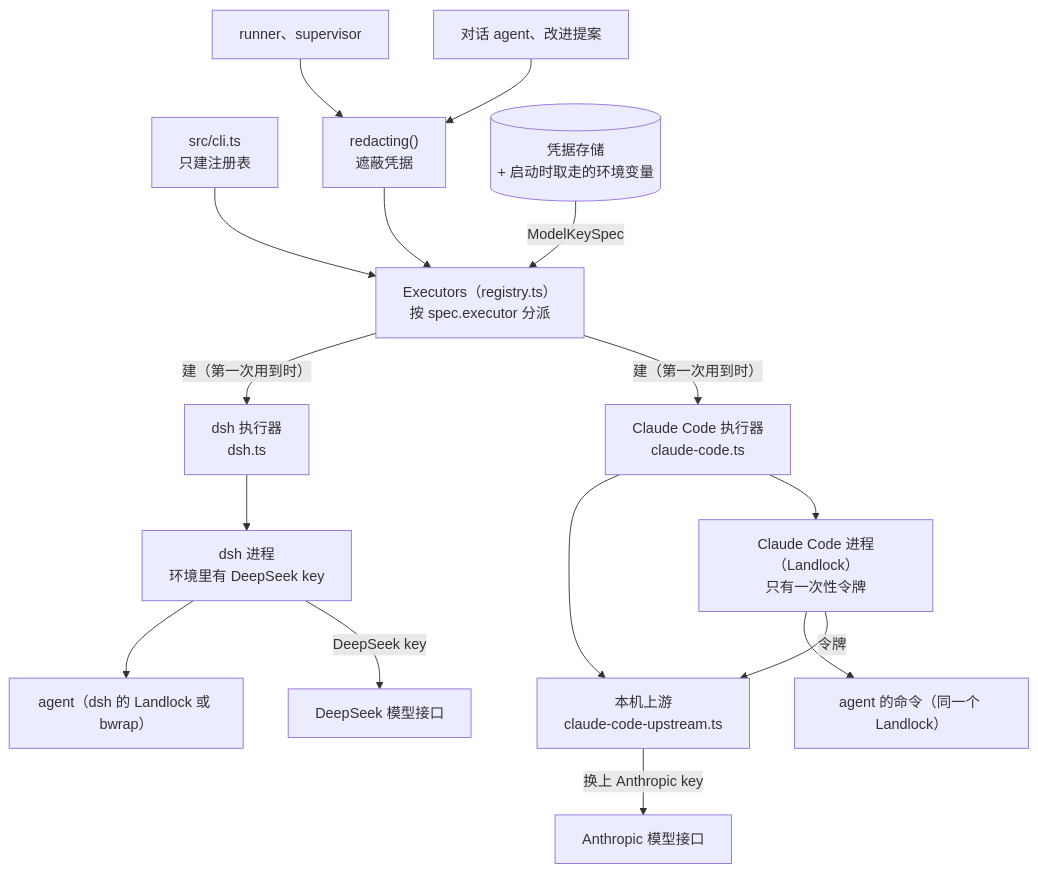
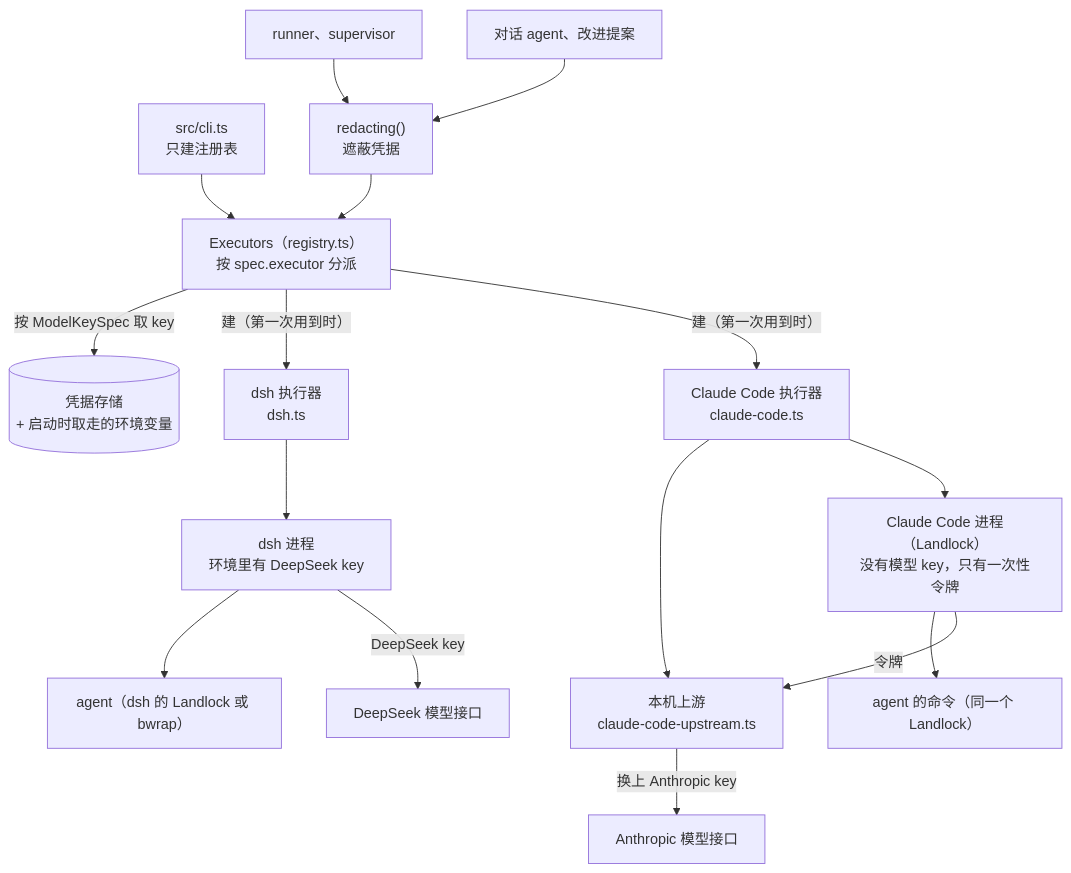
Before and after one commit to Izelzzz/Eos-workbench: the diagram in docs/adr/009-executor-interface.md, drawn with Mermaid. The commit also changed other lines of this file and 2 other files, not shown here.

First line of the commit message:
ADR-009：按事实核对修改（部署镜像和不用 Docker 分开写谁能读到 key 和令牌、令牌不在遮蔽范围、启动检查的说法、图的箭头、节的顺序）；路线图第 4 项的凭据方式

````diff
--- a/docs/adr/009-executor-interface.md
+++ b/docs/adr/009-executor-interface.md
@@ -27,18 +27,18 @@
 ```mermaid
 flowchart TB
   cli["src/cli.ts<br/>只建注册表"] --> reg["Executors（registry.ts）<br/>按 spec.executor 分派"]
   runner["runner、supervisor"] --> red["redacting()<br/>遮蔽凭据"]
   chat["对话 agent、改进提案"] --> red
   red --> reg
-  creds[("凭据存储<br/>+ 启动时取走的环境变量")] -- "ModelKeySpec" --> reg
+  reg -- "按 ModelKeySpec 取 key" --> creds[("凭据存储<br/>+ 启动时取走的环境变量")]
   reg -- "建（第一次用到时）" --> dsh["dsh 执行器<br/>dsh.ts"]
   reg -- "建（第一次用到时）" --> cc["Claude Code 执行器<br/>claude-code.ts"]
   dsh --> dshp["dsh 进程<br/>环境里有 DeepSeek key"]
   dshp --> a1["agent（dsh 的 Landlock 或 bwrap）"]
   cc --> up["本机上游<br/>claude-code-upstream.ts"]
-  cc --> ccp["Claude Code 进程（Landlock）<br/>只有一次性令牌"]
+  cc --> ccp["Claude Code 进程（Landlock）<br/>没有模型 key，只有一次性令牌"]
   ccp --> a2["agent 的命令（同一个 Landlock）"]
   ccp -- "令牌" --> up
   up -- "换上 Anthropic key" --> ant["Anthropic 模型接口"]
   dshp -- "DeepSeek key" --> ds["DeepSeek 模型接口"]
 ```
````
